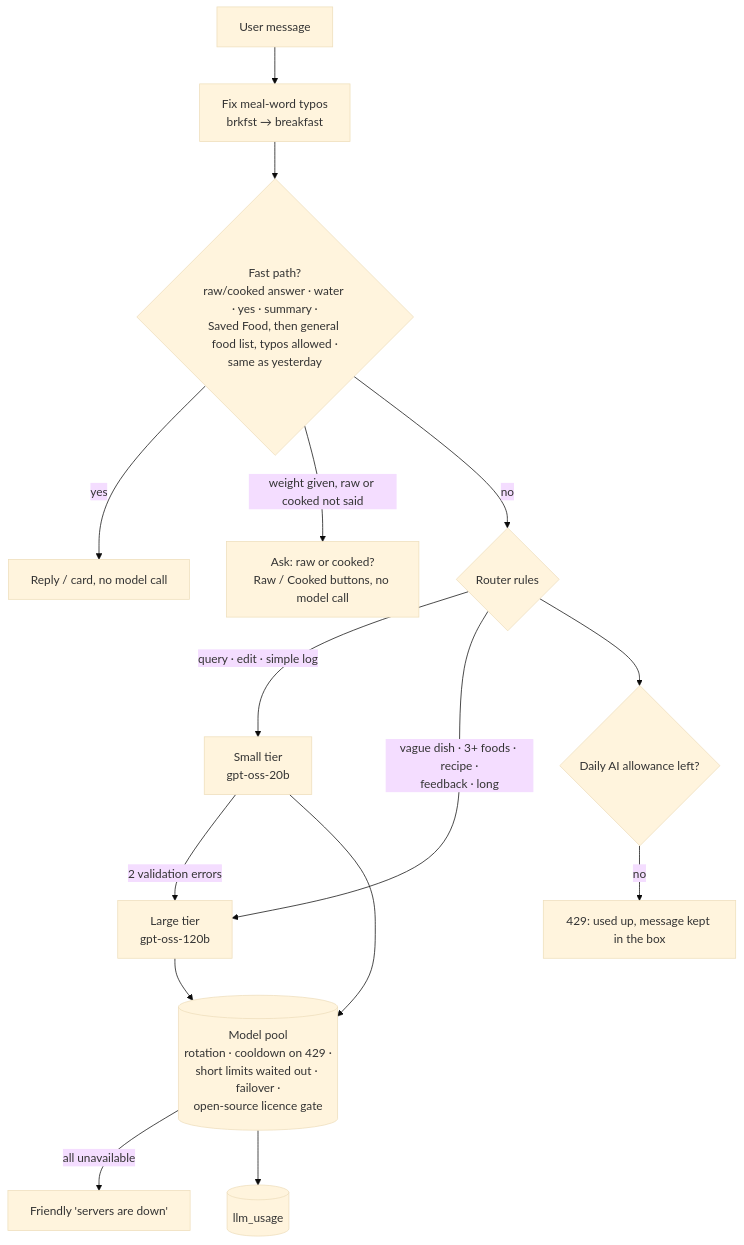
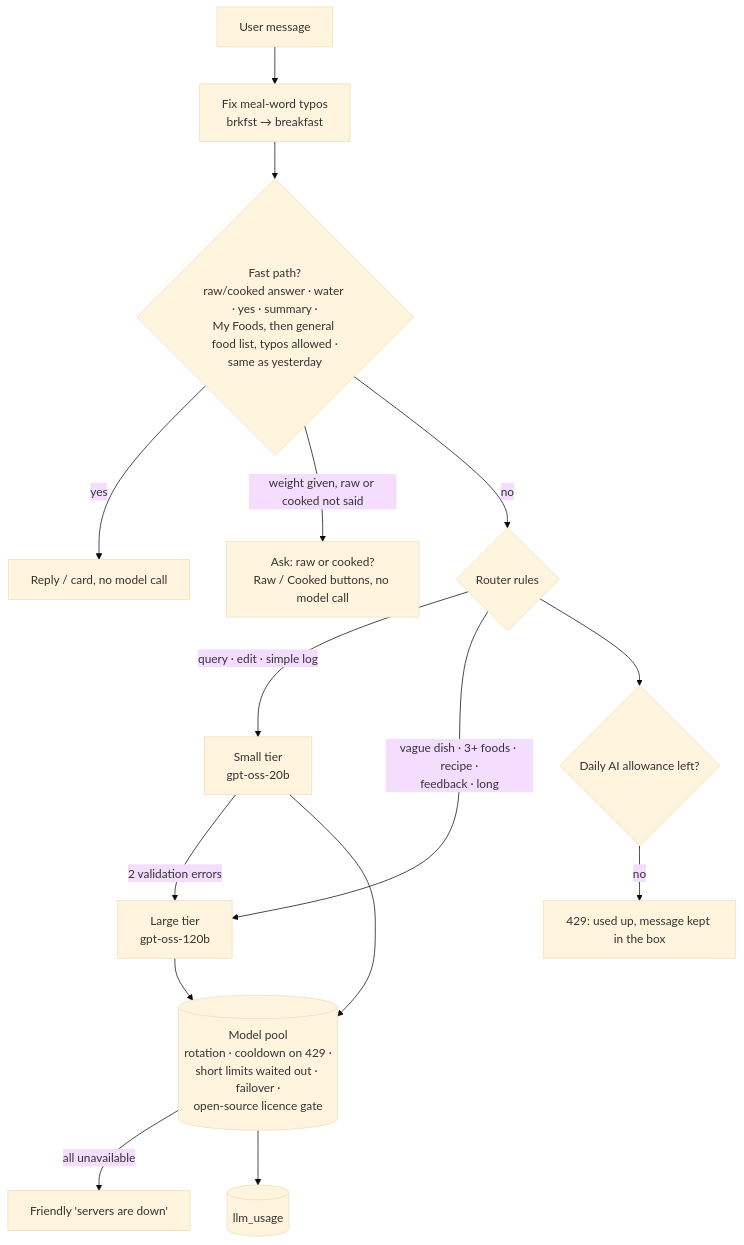
Before and after one commit to NeoAnushka21/tracker_poc: the fifth of 11 diagrams in docs/hld.md, drawn with Mermaid (base theme). The commit also changed other lines of this file and 27 other files, not shown here.

````diff
--- a/docs/hld.md
+++ b/docs/hld.md
@@ -127,15 +127,15 @@
 ```mermaid
 flowchart TD
-    M[User message] --> T[Fix meal-word typos<br/>brkfst → breakfast] --> F{Fast path?<br/>raw/cooked answer · water · yes · summary ·<br/>Saved Food, then general food list, typos allowed ·<br/>same as yesterday}
+    M[User message] --> T[Fix meal-word typos<br/>brkfst → breakfast] --> F{Fast path?<br/>raw/cooked answer · water · yes · summary ·<br/>My Foods, then general food list, typos allowed ·<br/>same as yesterday}
     F -->|yes| C[Reply / card, no model call]
     F -->|weight given, raw or cooked not said| Q[Ask: raw or cooked?<br/>Raw / Cooked buttons, no model call]
     F -->|no| R{Router rules}
     R -->|query · edit · simple log| S[Small tier<br/>gpt-oss-20b]
     R -->|vague dish · 3+ foods · recipe ·<br/>feedback · long| L[Large tier<br/>gpt-oss-120b]
     S -->|2 validation errors| L
     R --> AL{Daily AI allowance left?}
     AL -->|no| X[429: used up, message kept in the box]
     S & L --> P[(Model pool<br/>rotation · cooldown on 429 ·<br/>short limits waited out · failover ·<br/>open-source licence gate)]
     P -->|all unavailable| E[Friendly 'servers are down']
     P --> U[(llm_usage)]
 ```
````
